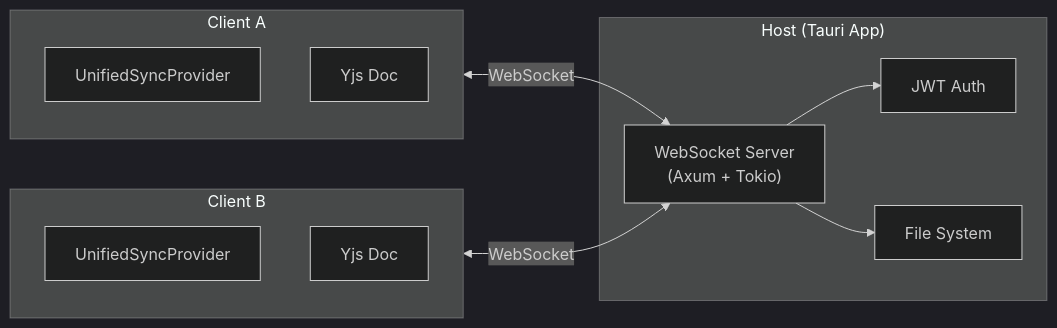
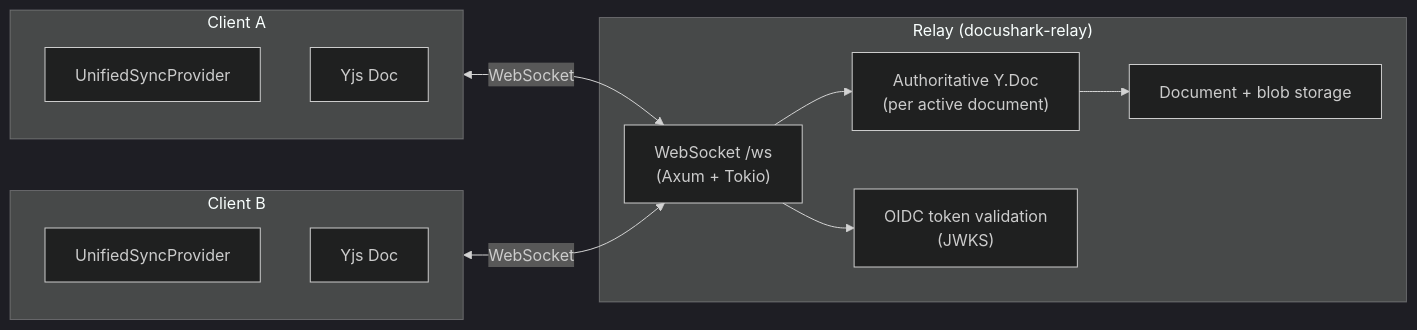
Before and after one commit to JPE-Net-Technologies/docushark: the first of 2 diagrams in docs-site/developer/collaboration-protocol.md, drawn with Mermaid (dark theme). The commit also changed other lines of this file and 12 other files, not shown here.

````diff
--- a/docs-site/developer/collaboration-protocol.md
+++ b/docs-site/developer/collaboration-protocol.md
@@ -7,23 +14,25 @@
 ```mermaid
 flowchart LR
-  subgraph host["Host (Tauri App)"]
-    WS["WebSocket Server\n(Axum + Tokio)"]
-    Auth["JWT Auth"]
-    FS["File System"]
+  subgraph relay["Relay (docushark-relay)"]
+    WS["WebSocket /ws\n(Axum + Tokio)"]
+    YDOC["Authoritative Y.Doc\n(per active document)"]
+    AUTH["OIDC token validation\n(JWKS)"]
+    STORE["Document + blob storage"]
   end
 
   subgraph client1["Client A"]
     USP1["UnifiedSyncProvider"]
     YJS1["Yjs Doc"]
   end
 
   subgraph client2["Client B"]
     USP2["UnifiedSyncProvider"]
     YJS2["Yjs Doc"]
   end
 
   client1 <-->|WebSocket| WS
   client2 <-->|WebSocket| WS
-  WS --> Auth
-  WS --> FS
+  WS --> YDOC
+  WS --> AUTH
+  YDOC --> STORE
 ```
````
